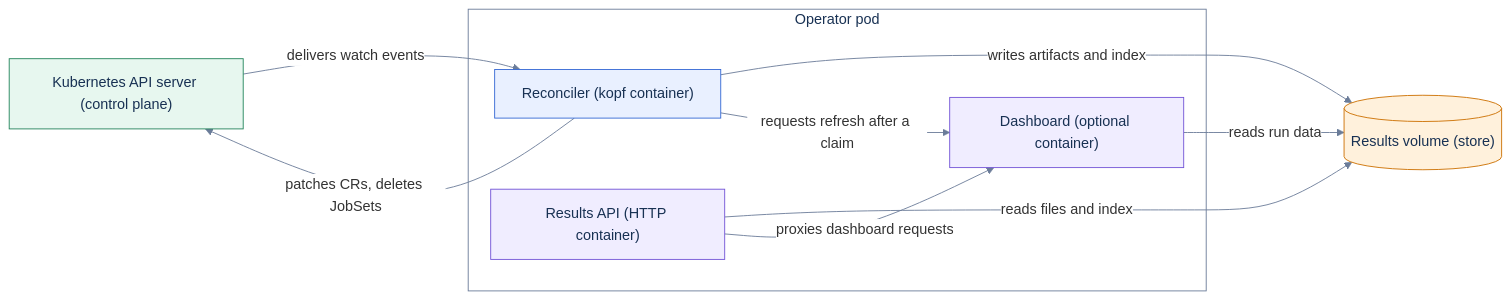
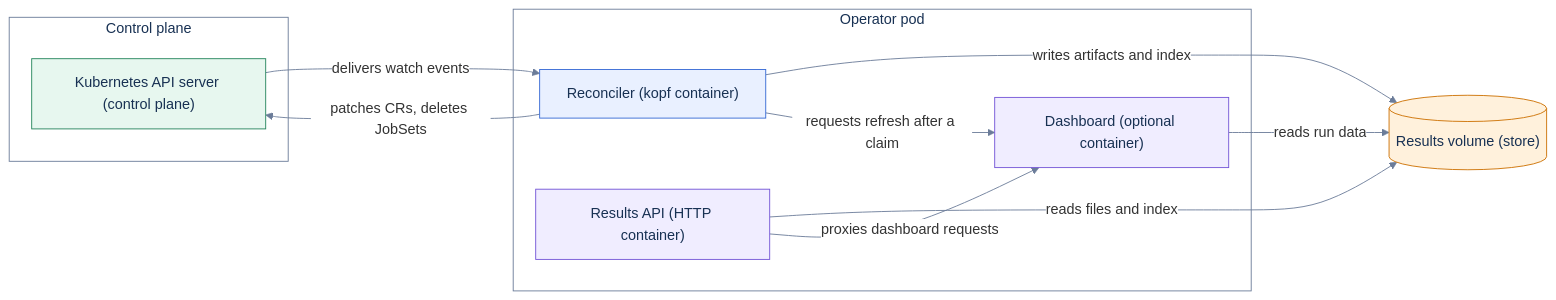
Before and after one commit to ai-dynamo/aiperf: the first of 8 diagrams in docs/kubernetes/operator.md, drawn with Mermaid.

Commit message:
docs(kubernetes): keep operator-pod edge labels clear of the pod frame
On a dark page the white pod frame clipped the two API-server edge labels.
Framing the API server as its own control-plane cluster gives those edges a
cluster-to-cluster gap wide enough for the labels.

````diff
--- a/docs/kubernetes/operator.md
+++ b/docs/kubernetes/operator.md
@@ -45,41 +45,43 @@
 ```mermaid
 ---
 config:
   theme: base
   look: classic
   themeVariables:
     lineColor: '#6B7C99'
     nodeTextColor: '#183153'
     edgeLabelBackground: '#FFFFFF'
     textColor: '#183153'
     clusterBorder: '#6B7C99'
     transitionColor: '#6B7C99'
     transitionLabelColor: '#183153'
     labelBackgroundColor: '#FFFFFF'
     specialStateColor: '#6B7C99'
     clusterBkg: '#FFFFFF'
     titleColor: '#183153'
     fontFamily: 'Arial, Helvetica, sans-serif'
 ---
 flowchart LR
   accTitle: Ownership flowchart for the operator pod
   accDescr: The reconciler container is the only writer of the results volume. The results API and dashboard containers only read it.
   classDef src fill:#E7F7EF,stroke:#23845B,color:#183153
   classDef stage fill:#E9F0FF,stroke:#3468D4,color:#183153
   classDef store fill:#FFF1DC,stroke:#CC7000,color:#183153
   classDef out fill:#F0EDFF,stroke:#7254D6,color:#183153
-  api["Kubernetes API server (control plane)"]:::src
+  subgraph cp["Control plane"]
+    api["Kubernetes API server (control plane)"]:::src
+  end
   subgraph pod["Operator pod"]
     rec["Reconciler (kopf container)"]:::stage
     rs["Results API (HTTP container)"]:::out
     dash["Dashboard (optional container)"]:::out
   end
   vol[("Results volume (store)")]:::store
   api -->|delivers watch events| rec
   rec -->|patches CRs, deletes JobSets| api
   rec -->|writes artifacts and index| vol
   rs -->|reads files and index| vol
   dash -->|reads run data| vol
   rs -->|proxies dashboard requests| dash
   rec -->|requests refresh after a claim| dash
 ```
````
